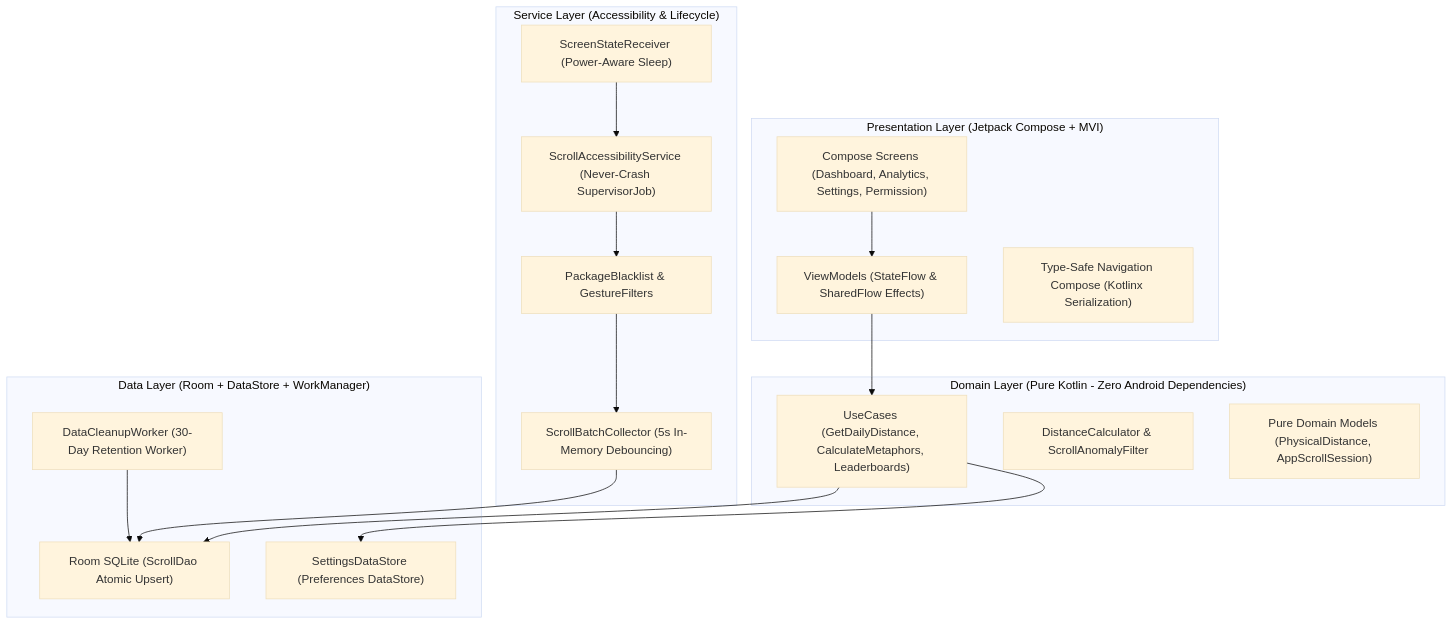
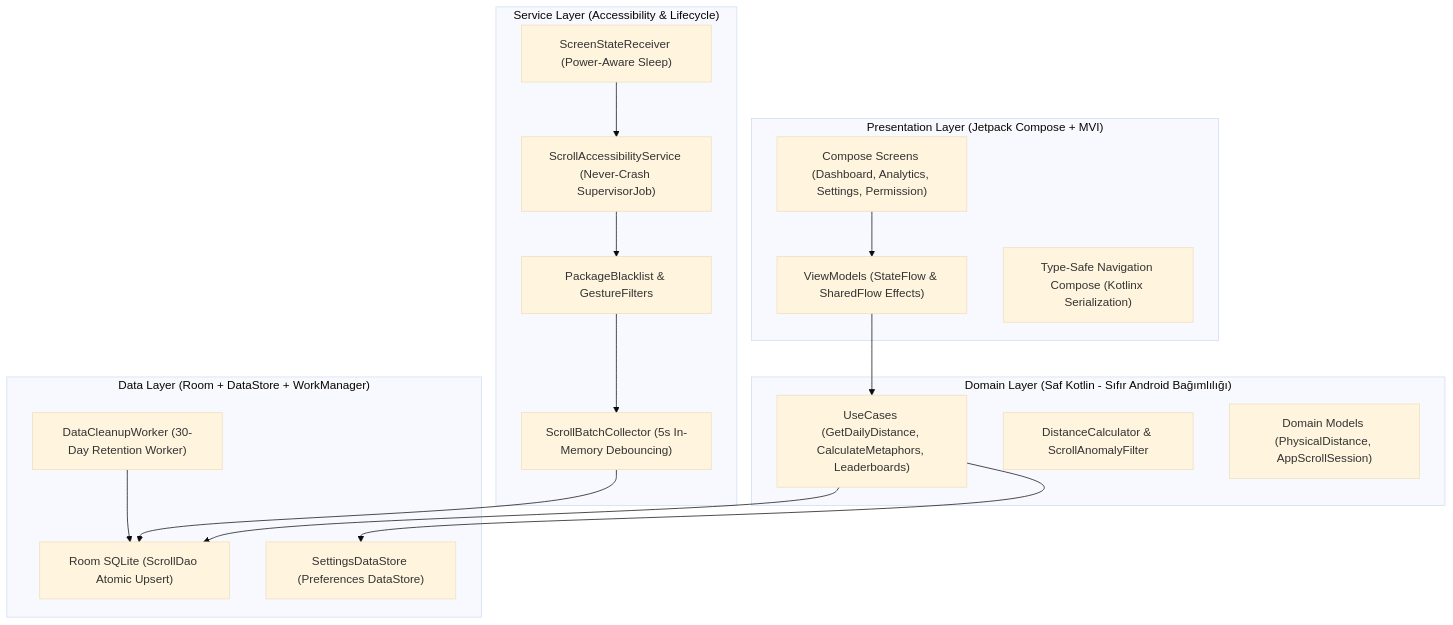
One commit to BurakYildizGameDev/Scroll-Meter changed the diagram in README.md. Above: the diagram before and after it, drawn with Mermaid (base theme). The commit also changed other lines of this file, not shown here.

````diff
--- a/README.md
+++ b/README.md
@@ -58,35 +83,35 @@
 ```mermaid
 flowchart TD
     subgraph Presentation ["Presentation Layer (Jetpack Compose + MVI)"]
         UI["Compose Screens (Dashboard, Analytics, Settings, Permission)"]
         VM["ViewModels (StateFlow & SharedFlow Effects)"]
         Nav["Type-Safe Navigation Compose (Kotlinx Serialization)"]
     end
 
-    subgraph Domain ["Domain Layer (Pure Kotlin - Zero Android Dependencies)"]
+    subgraph Domain ["Domain Layer (Saf Kotlin - Sıfır Android Bağımlılığı)"]
         UC["UseCases (GetDailyDistance, CalculateMetaphors, Leaderboards)"]
         Calc["DistanceCalculator & ScrollAnomalyFilter"]
-        Model["Pure Domain Models (PhysicalDistance, AppScrollSession)"]
+        Model["Domain Models (PhysicalDistance, AppScrollSession)"]
     end
 
     subgraph Service ["Service Layer (Accessibility & Lifecycle)"]
         AS["ScrollAccessibilityService (Never-Crash SupervisorJob)"]
         Batch["ScrollBatchCollector (5s In-Memory Debouncing)"]
         Filter["PackageBlacklist & GestureFilters"]
         Receiver["ScreenStateReceiver (Power-Aware Sleep)"]
     end
 
     subgraph Data ["Data Layer (Room + DataStore + WorkManager)"]
         DB["Room SQLite (ScrollDao Atomic Upsert)"]
         DS["SettingsDataStore (Preferences DataStore)"]
         Worker["DataCleanupWorker (30-Day Retention Worker)"]
     end
 
     UI --> VM
     VM --> UC
     AS --> Filter --> Batch --> DB
     Receiver --> AS
     UC --> DB
     UC --> DS
     Worker --> DB
 ```
````
